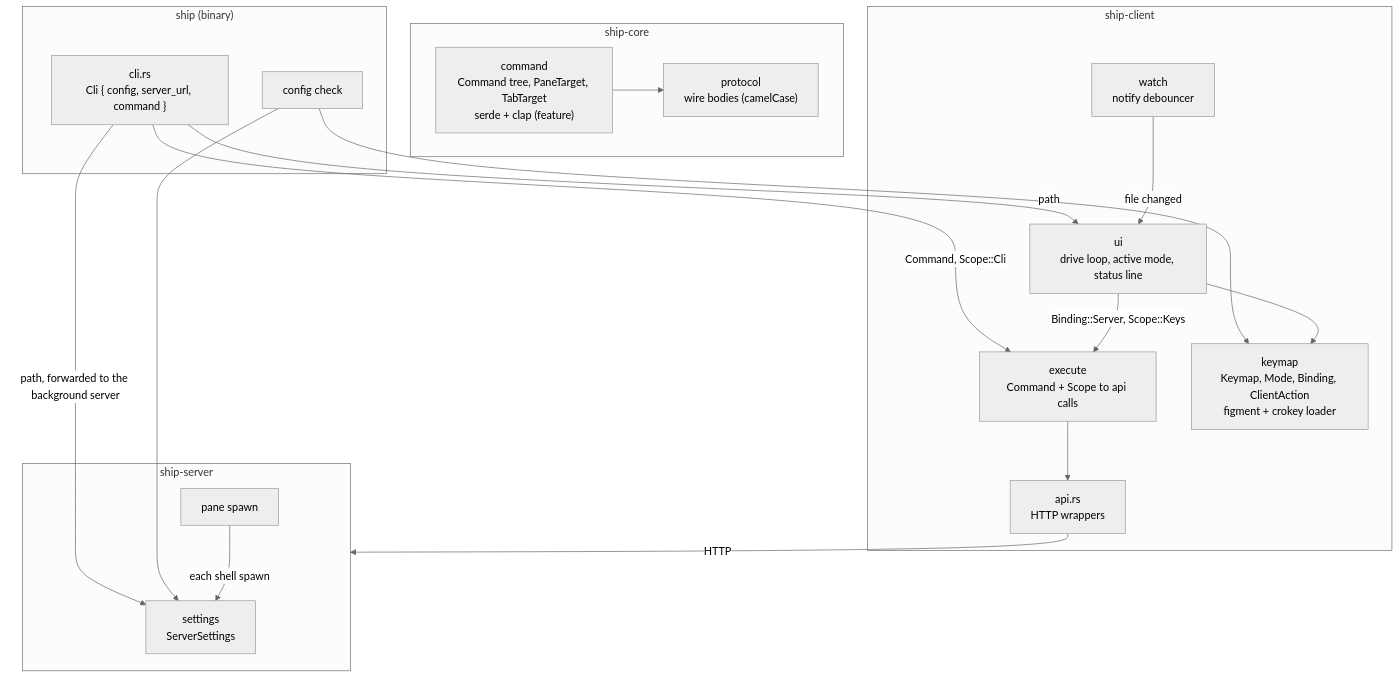
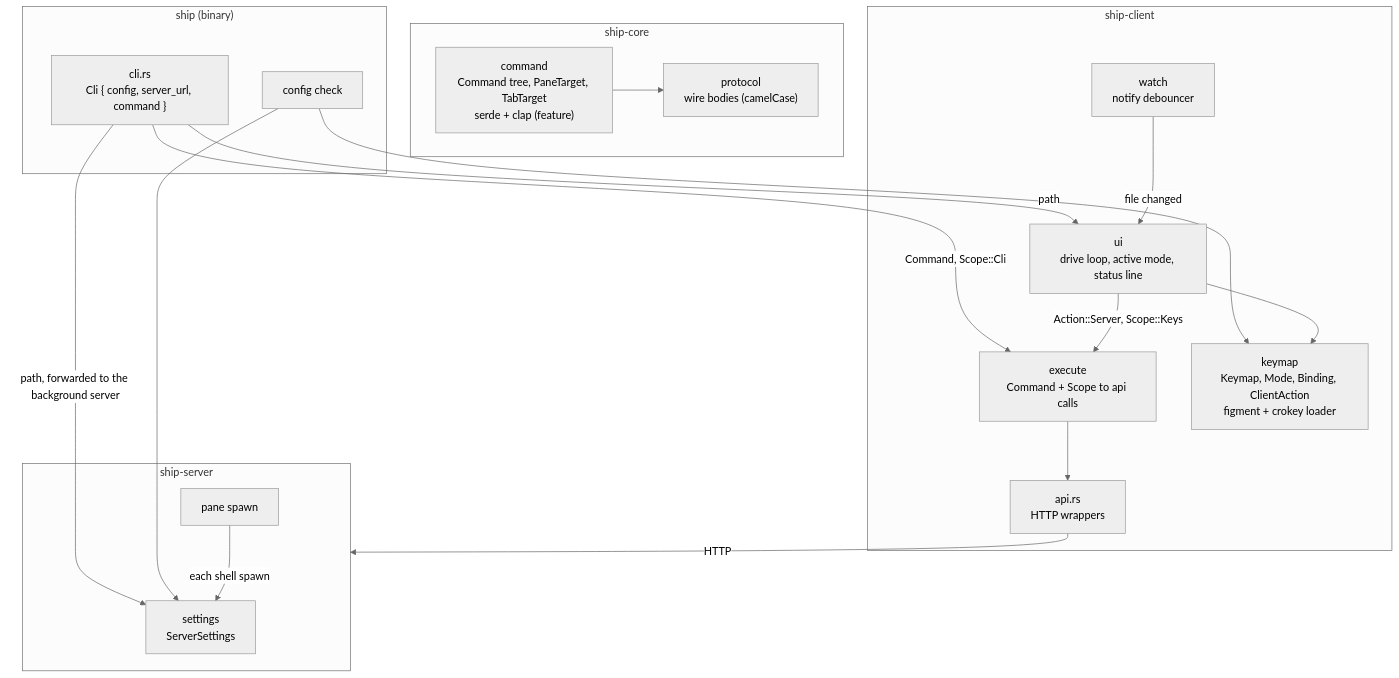
Before and after one commit to Cyanistic/ship: the fourth of 4 diagrams in openspec/changes/keys-config/design/architecture.md, drawn with Mermaid (neutral theme). The commit also changed other lines of this file and 19 other files, not shown here.

````diff
--- a/openspec/changes/keys-config/design/architecture.md
+++ b/openspec/changes/keys-config/design/architecture.md
@@ -77,32 +77,32 @@
 ```mermaid
 flowchart TB
   subgraph bin["ship (binary)"]
     cli["cli.rs<br/>Cli { config, server_url, command }"]
     check["config check"]
   end
   subgraph core["ship-core"]
     command["command<br/>Command tree, PaneTarget, TabTarget<br/>serde + clap (feature)"]
     protocol["protocol<br/>wire bodies (camelCase)"]
   end
   subgraph client["ship-client"]
     execute["execute<br/>Command + Scope to api calls"]
     api["api.rs<br/>HTTP wrappers"]
     keymap["keymap<br/>Keymap, Mode, Binding, ClientAction<br/>figment + crokey loader"]
     watch["watch<br/>notify debouncer"]
     ui["ui<br/>drive loop, active mode, status line"]
   end
   subgraph server["ship-server"]
     settings["settings<br/>ServerSettings"]
     pane["pane spawn"]
   end
   cli -->|"path"| ui
   cli -->|"path, forwarded to the background server"| settings
   cli -->|"Command, Scope::Cli"| execute
   check --> keymap & settings
   ui --> keymap
   watch -->|"file changed"| ui
-  ui -->|"Binding::Server, Scope::Keys"| execute
+  ui -->|"Action::Server, Scope::Keys"| execute
   execute --> api -->|HTTP| server
   command --> protocol
   pane -->|"each shell spawn"| settings
 ```
````
